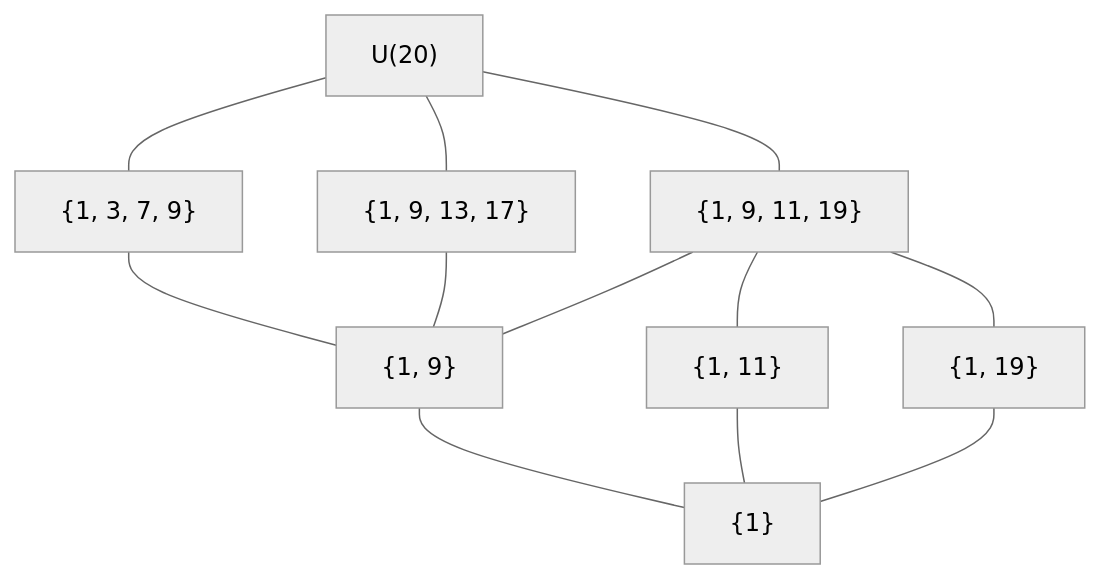
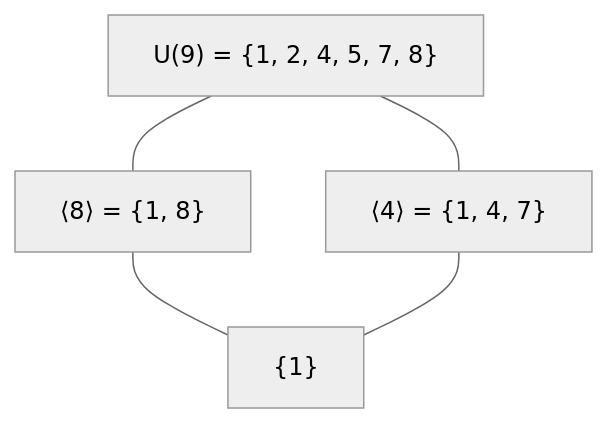
The second of 4 diagrams in classes/07/slides.qmd (gwb-ci/math393), drawn with Mermaid (neutral theme) before and after one commit. The commit also changed other lines of this file and 36 other files, not shown here.

````diff
--- a/classes/07/slides.qmd
+++ b/classes/07/slides.qmd
@@ -284,29 +136,13 @@
 ```{mermaid}
 flowchart TB
-    U["U(20)"]
-
-    H1["{1, 3, 7, 9}"]
-    H2["{1, 9, 13, 17}"]
-    H3["{1, 9, 11, 19}"]
-
-    K9["{1, 9}"]
-    K11["{1, 11}"]
-    K19["{1, 19}"]
-
+    U9["U(9) = {1, 2, 4, 5, 7, 8}"]
+    H2["⟨8⟩ = {1, 8}"]
+    H3["⟨4⟩ = {1, 4, 7}"]
     E["{1}"]
 
-    U --- H1
-    U --- H2
-    U --- H3
+    U9 --- H2
+    U9 --- H3
 
-    H1 --- K9
-    H2 --- K9
-
-    H3 --- K9
-    H3 --- K11
-    H3 --- K19
-
-    K9 --- E
-    K11 --- E
-    K19 --- E
+    H2 --- E
+    H3 --- E
 ```
````
